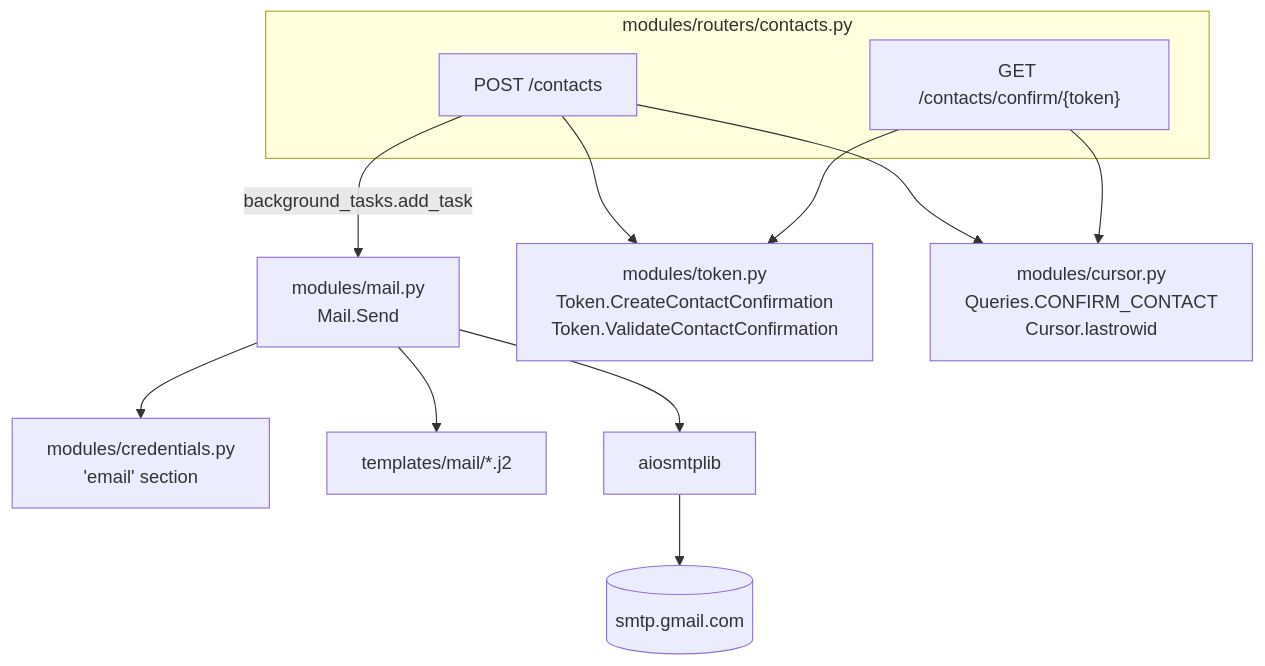
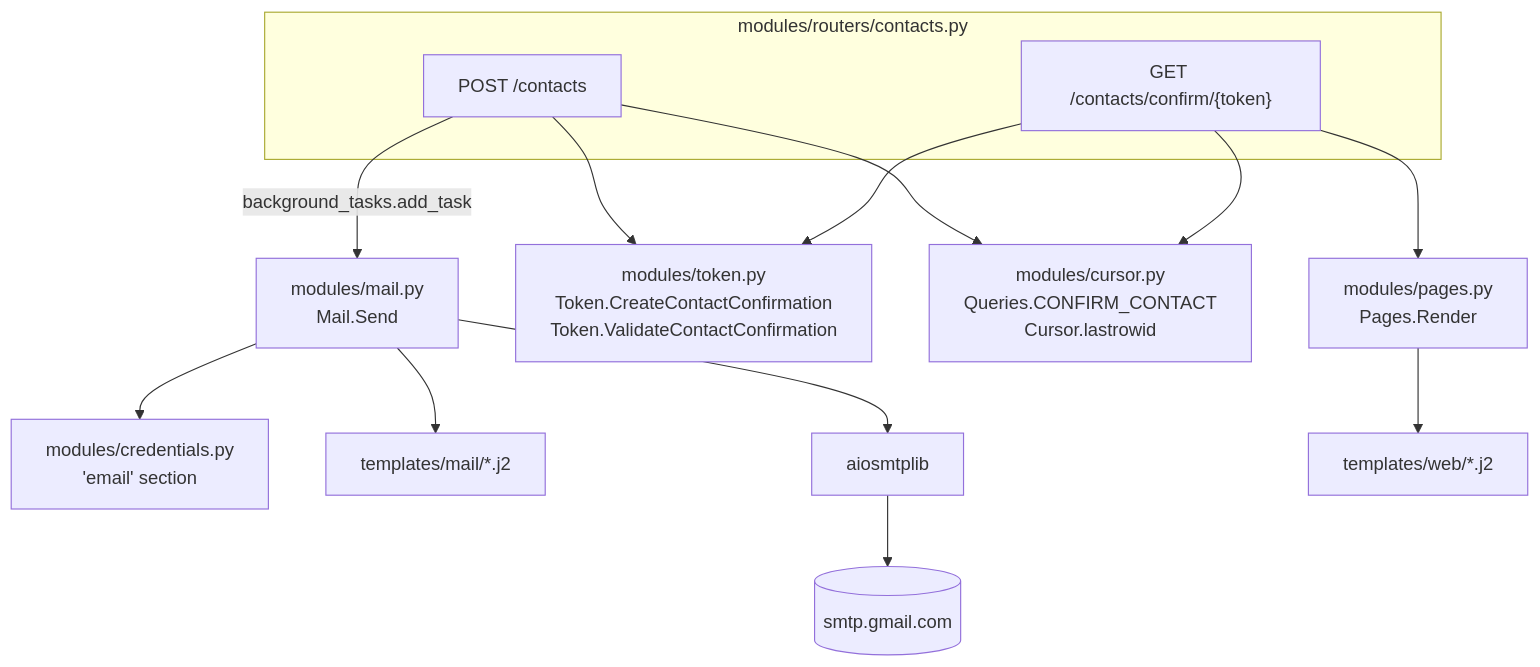
The third of 3 diagrams in docs/backend/mail.md (skellent/iOS-compiler), drawn with Mermaid before and after one commit. The commit also changed other lines of this file and 8 other files, not shown here.

````diff
--- a/docs/backend/mail.md
+++ b/docs/backend/mail.md
@@ -217,26 +218,30 @@
 ```mermaid
 flowchart TD
     subgraph routers["modules/routers/contacts.py"]
         POST["POST /contacts"]
         GET_CONF["GET /contacts/confirm/{token}"]
     end
 
     MAIL["modules/mail.py<br/>Mail.Send"]
     TOKEN["modules/token.py<br/>Token.CreateContactConfirmation<br/>Token.ValidateContactConfirmation"]
     CURSOR["modules/cursor.py<br/>Queries.CONFIRM_CONTACT<br/>Cursor.lastrowid"]
     CRED["modules/credentials.py<br/>'email' section"]
     JINJA["templates/mail/*.j2"]
     SMTPLIB["aiosmtplib"]
     GMAIL[(smtp.gmail.com)]
+    PAGES["modules/pages.py<br/>Pages.Render"]
+    WEBTPL["templates/web/*.j2"]
 
     POST --> TOKEN
     POST --> CURSOR
     POST -->|background_tasks.add_task| MAIL
     MAIL --> JINJA
     MAIL --> CRED
     MAIL --> SMTPLIB
     SMTPLIB --> GMAIL
 
     GET_CONF --> TOKEN
     GET_CONF --> CURSOR
+    GET_CONF --> PAGES
+    PAGES --> WEBTPL
 ```
````
